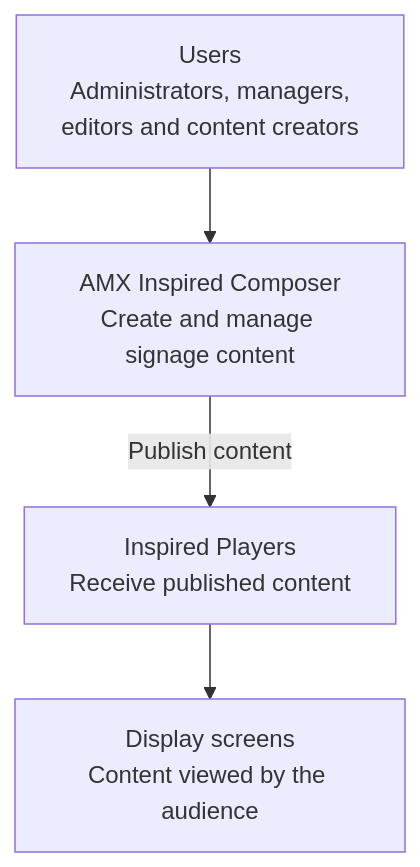
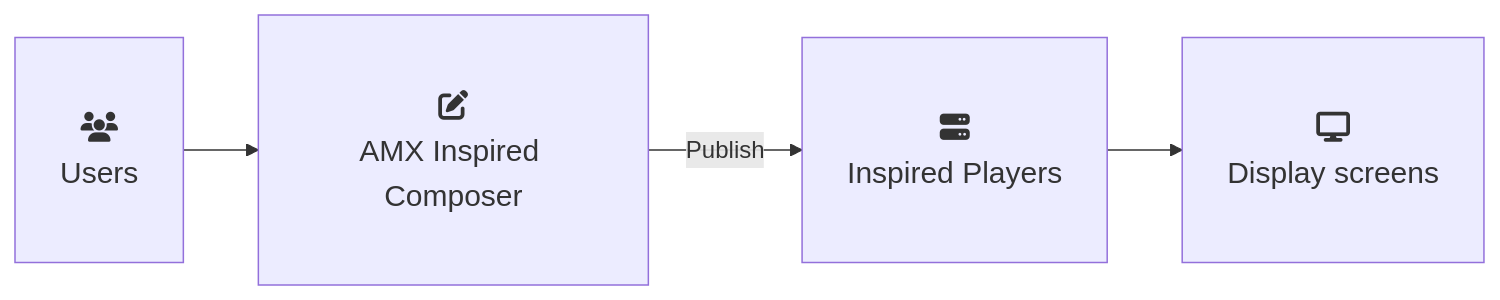
One commit to iand4096/docusaurusportfolio changed the diagram in docs/AMXInspiredSignageComposer.md. Above: the diagram before and after it, drawn with Mermaid. The commit also changed 1 other file, not shown here.

Commit message:
minor further updates4

````diff
--- a/docs/AMXInspiredSignageComposer.md
+++ b/docs/AMXInspiredSignageComposer.md
@@ -11,14 +11,14 @@
 ```mermaid
-flowchart TB
-    USERS["Users<br/>Administrators, managers,<br/>editors and content creators"]
-
-    COMPOSER["AMX Inspired Composer<br/>Create and manage signage content"]
-
-    PLAYERS["Inspired Players<br/>Receive published content"]
-
-    SCREENS["Display screens<br/>Content viewed by the audience"]
+flowchart LR
+    USERS["fa:fa-users<br/>Users"]
+    COMPOSER["fa:fa-pen-to-square<br/>AMX Inspired Composer"]
+    PLAYERS["fa:fa-server<br/>Inspired Players"]
+    SCREENS["fa:fa-display<br/>Display screens"]
 
     USERS --> COMPOSER
-    COMPOSER -->|"Publish content"| PLAYERS
+    COMPOSER -->|"Publish"| PLAYERS
     PLAYERS --> SCREENS
+
+    classDef large font-size:20px,padding:18px;
+    class USERS,COMPOSER,PLAYERS,SCREENS large;
 ```
````
